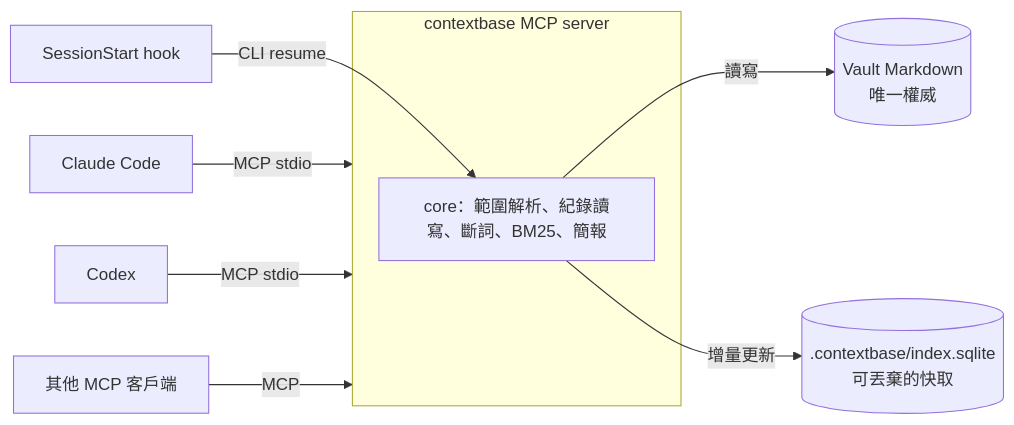
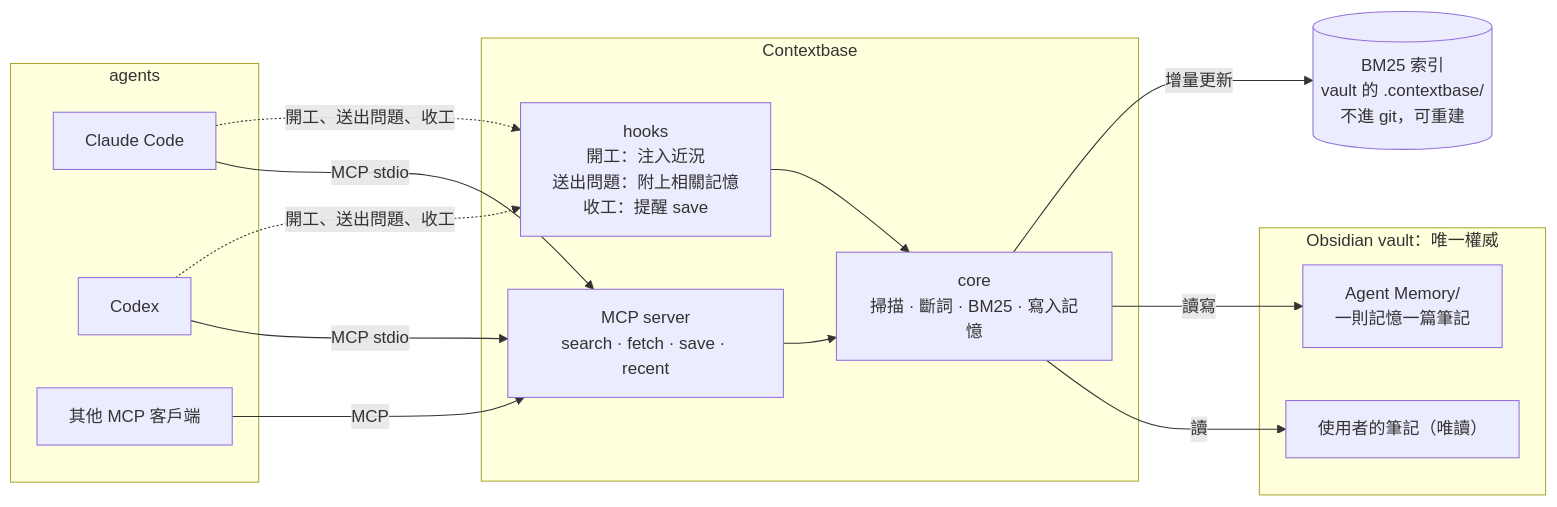
The second of 3 diagrams in docs/plan.md (DancinAndrew/obsidian-contextbase), drawn with Mermaid before and after one commit. The commit also changed other lines of this file and 2 other files, not shown here.

First line of the commit message:
Redesign as zero-setup shared memory and settle D1-D10

````diff
--- a/docs/plan.md
+++ b/docs/plan.md
@@ -133,12 +226,28 @@
 ```mermaid
 flowchart LR
-  CC[Claude Code] -->|MCP stdio| S
-  CX[Codex] -->|MCP stdio| S
-  CD[其他 MCP 客戶端] -->|MCP| S
-  H[SessionStart hook] -->|CLI resume| CORE
-  subgraph S[contextbase MCP server]
-    CORE[core：範圍解析、紀錄讀寫、斷詞、BM25、簡報]
+  subgraph AG["agents"]
+    CC["Claude Code"]
+    CX["Codex"]
+    OT["其他 MCP 客戶端"]
   end
-  CORE -->|讀寫| V[(Vault Markdown<br/>唯一權威)]
-  CORE -->|增量更新| I[(.contextbase/index.sqlite<br/>可丟棄的快取)]
+  subgraph CB["Contextbase"]
+    HK["hooks<br/>開工：注入近況<br/>送出問題：附上相關記憶<br/>收工：提醒 save"]
+    MCP["MCP server<br/>search · fetch · save · recent"]
+    CORE["core<br/>掃描 · 斷詞 · BM25 · 寫入記憶"]
+  end
+  subgraph V["Obsidian vault：唯一權威"]
+    NOTES["使用者的筆記（唯讀）"]
+    MEM["Agent Memory/<br/>一則記憶一篇筆記"]
+  end
+  IDX[("BM25 索引<br/>vault 的 .contextbase/<br/>不進 git，可重建")]
+  CC -->|MCP stdio| MCP
+  CX -->|MCP stdio| MCP
+  OT -->|MCP| MCP
+  CC -.->|開工、送出問題、收工| HK
+  CX -.->|開工、送出問題、收工| HK
+  MCP --> CORE
+  HK --> CORE
+  CORE -->|讀| NOTES
+  CORE -->|讀寫| MEM
+  CORE -->|增量更新| IDX
 ```
````
